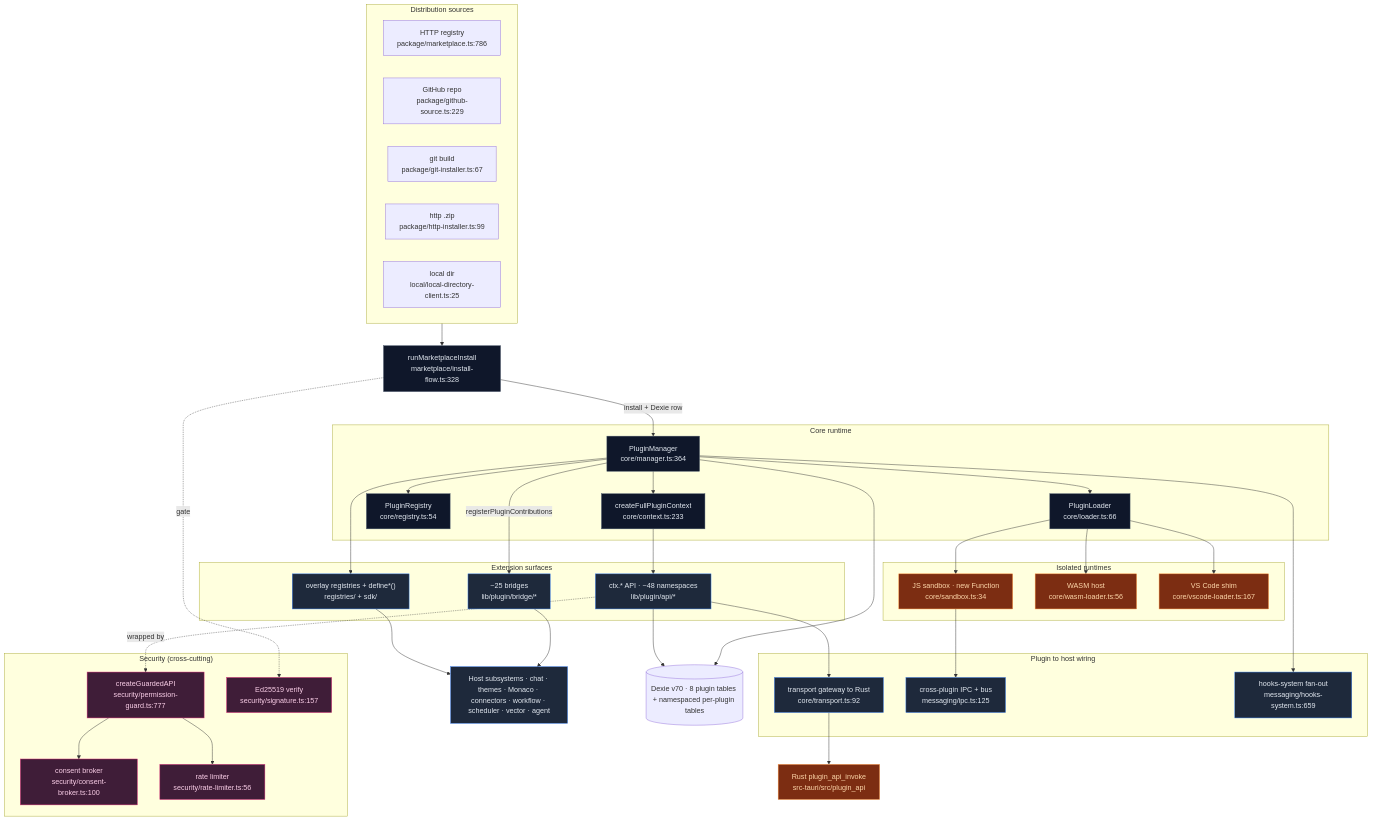
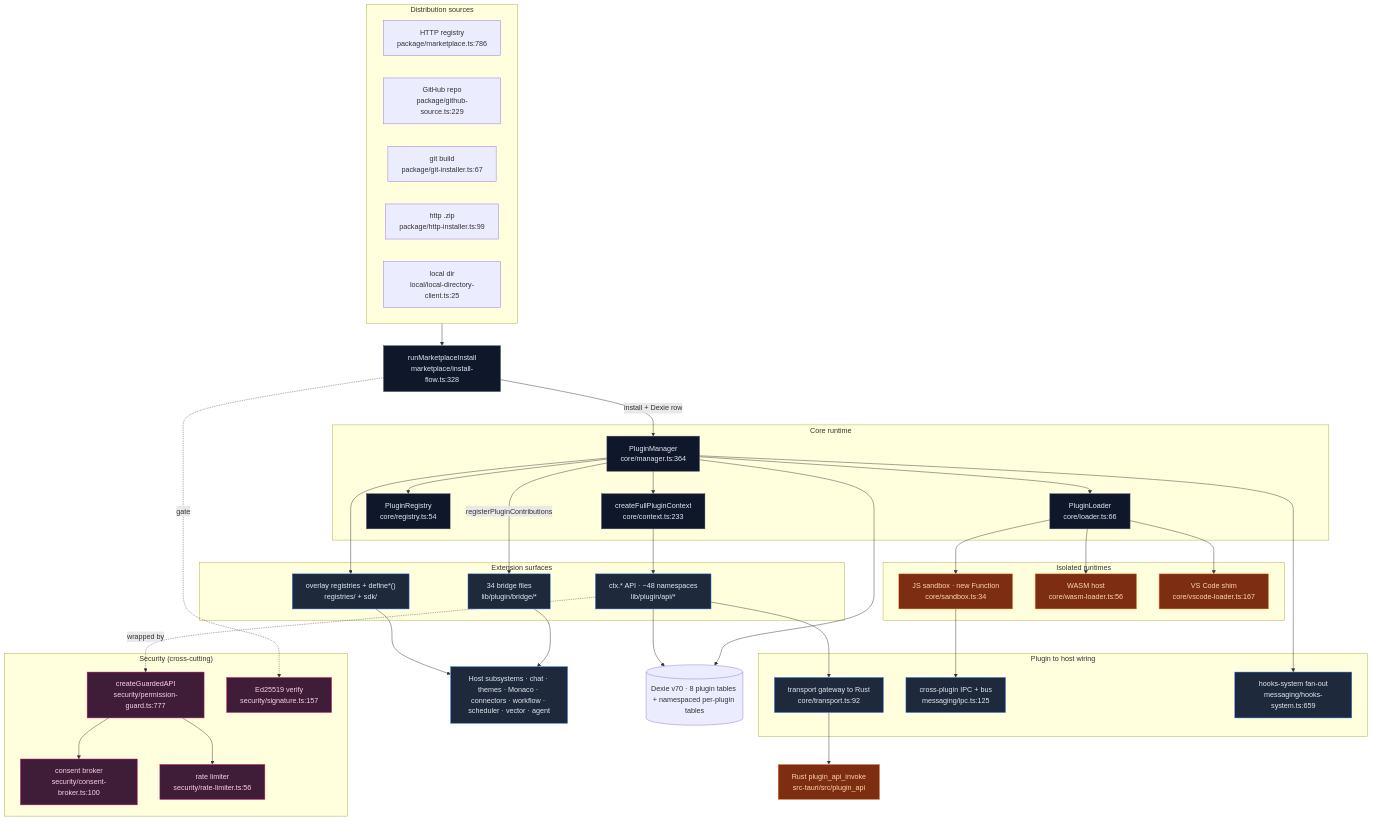
Before and after one commit to MaxQian888/cognia-next: the first of 2 diagrams in docs/content/docs/zh/subsystems/plugin-system/index.mdx, drawn with Mermaid. The commit also changed other lines of this file and 9 other files, not shown here.

````diff
--- a/docs/content/docs/zh/subsystems/plugin-system/index.mdx
+++ b/docs/content/docs/zh/subsystems/plugin-system/index.mdx
@@ -99,78 +99,78 @@
 ```mermaid
 flowchart TB
   subgraph SRC["Distribution sources"]
     direction LR
     MKT["HTTP registry<br/>package/marketplace.ts:786"]
     GH["GitHub repo<br/>package/github-source.ts:229"]
     GIT["git build<br/>package/git-installer.ts:67"]
     HTTP["http .zip<br/>package/http-installer.ts:99"]
     LOC["local dir<br/>local/local-directory-client.ts:25"]
   end
 
   FLOW["runMarketplaceInstall<br/>marketplace/install-flow.ts:328"]
   SRC --> FLOW
 
   subgraph CORE["Core runtime"]
     MGR["PluginManager<br/>core/manager.ts:364"]
     LOAD["PluginLoader<br/>core/loader.ts:66"]
     REG["PluginRegistry<br/>core/registry.ts:54"]
     CTXB["createFullPluginContext<br/>core/context.ts:233"]
   end
   FLOW -- "install + Dexie row" --> MGR
   MGR --> LOAD
   MGR --> REG
   MGR --> CTXB
 
   subgraph EXT["Extension surfaces"]
     CTX["ctx.* API · ~48 namespaces<br/>lib/plugin/api/*"]
-    BRIDGES["~25 bridges<br/>lib/plugin/bridge/*"]
+    BRIDGES["34 bridge files<br/>lib/plugin/bridge/*"]
     REGS["overlay registries + define*()<br/>registries/ + sdk/"]
   end
   CTXB --> CTX
   MGR -- "registerPluginContributions" --> BRIDGES
   MGR --> REGS
 
   subgraph ISO["Isolated runtimes"]
     SBX["JS sandbox · new Function<br/>core/sandbox.ts:34"]
     WASM["WASM host<br/>core/wasm-loader.ts:56"]
     VSC["VS Code shim<br/>core/vscode-loader.ts:167"]
   end
   LOAD --> SBX & WASM & VSC
 
   subgraph WIRE["Plugin to host wiring"]
     TR["transport gateway to Rust<br/>core/transport.ts:92"]
     IPC["cross-plugin IPC + bus<br/>messaging/ipc.ts:125"]
     HOOKS["hooks-system fan-out<br/>messaging/hooks-system.ts:659"]
   end
   CTX --> TR
   SBX --> IPC
   MGR --> HOOKS
 
   subgraph SEC["Security (cross-cutting)"]
     GUARD["createGuardedAPI<br/>security/permission-guard.ts:777"]
     CONSENT["consent broker<br/>security/consent-broker.ts:100"]
     SIG["Ed25519 verify<br/>security/signature.ts:157"]
     RL["rate limiter<br/>security/rate-limiter.ts:56"]
   end
   CTX -. wrapped by .-> GUARD
   GUARD --> CONSENT & RL
   FLOW -. gate .-> SIG
 
   HOST["Host subsystems · chat · themes · Monaco · connectors · workflow · scheduler · vector · agent"]
   BRIDGES --> HOST
   REGS --> HOST
   TR --> RUST["Rust plugin_api_invoke<br/>src-tauri/src/plugin_api"]
 
   DEX[("Dexie v70 · 8 plugin tables + namespaced per-plugin tables")]
   MGR --> DEX
   CTX --> DEX
 
   classDef core fill:#0f172a,stroke:#475569,color:#e2e8f0
   classDef ext fill:#1e293b,stroke:#3b82f6,color:#e2e8f0
   classDef sec fill:#3f1d38,stroke:#db2777,color:#fbcfe8
   classDef iso fill:#7c2d12,stroke:#fb923c,color:#fed7aa
   class MGR,LOAD,REG,CTXB,FLOW core
   class CTX,BRIDGES,REGS,TR,IPC,HOOKS,HOST ext
   class GUARD,CONSENT,SIG,RL sec
   class SBX,WASM,VSC,RUST iso
 ```
````
